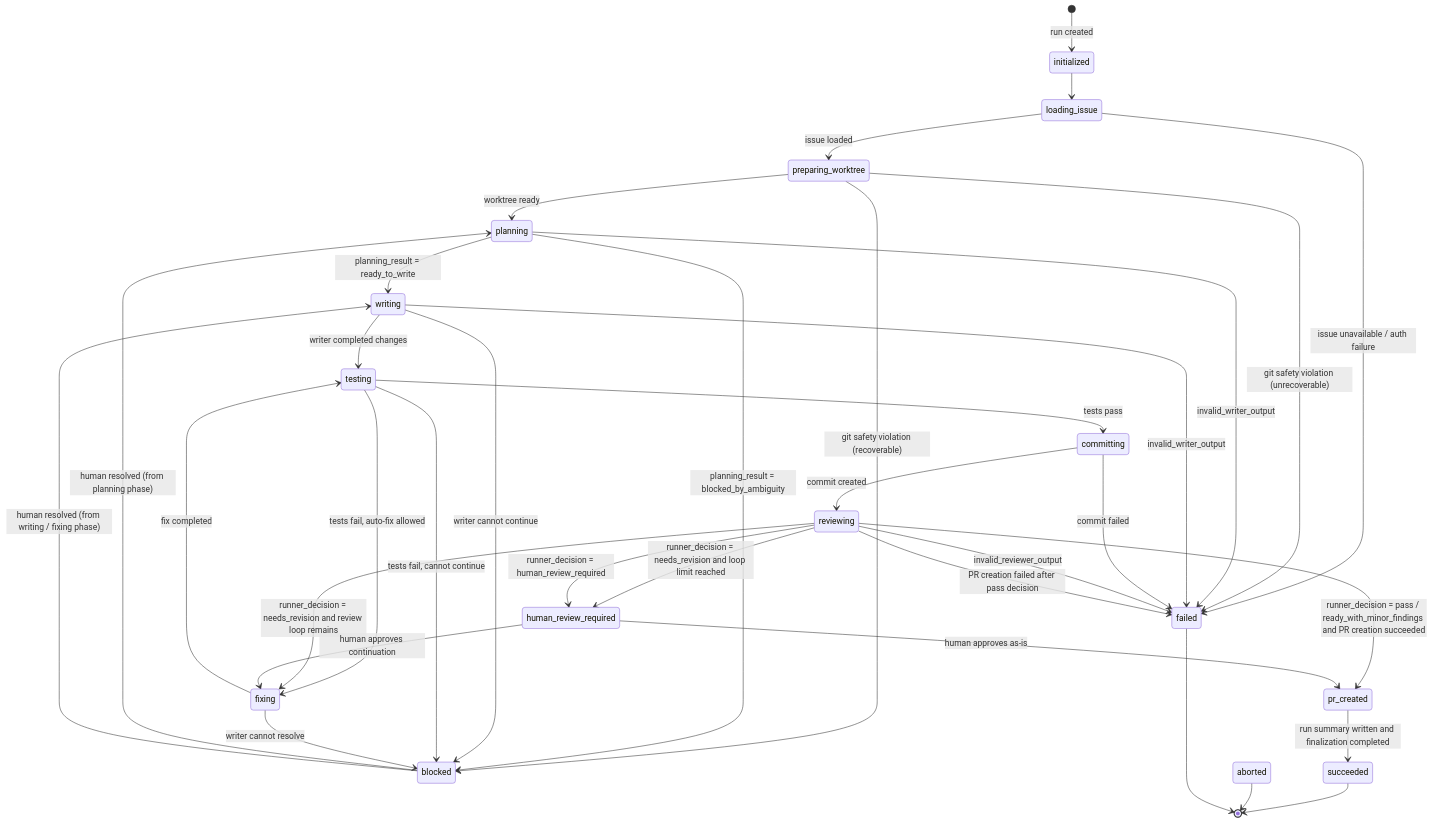
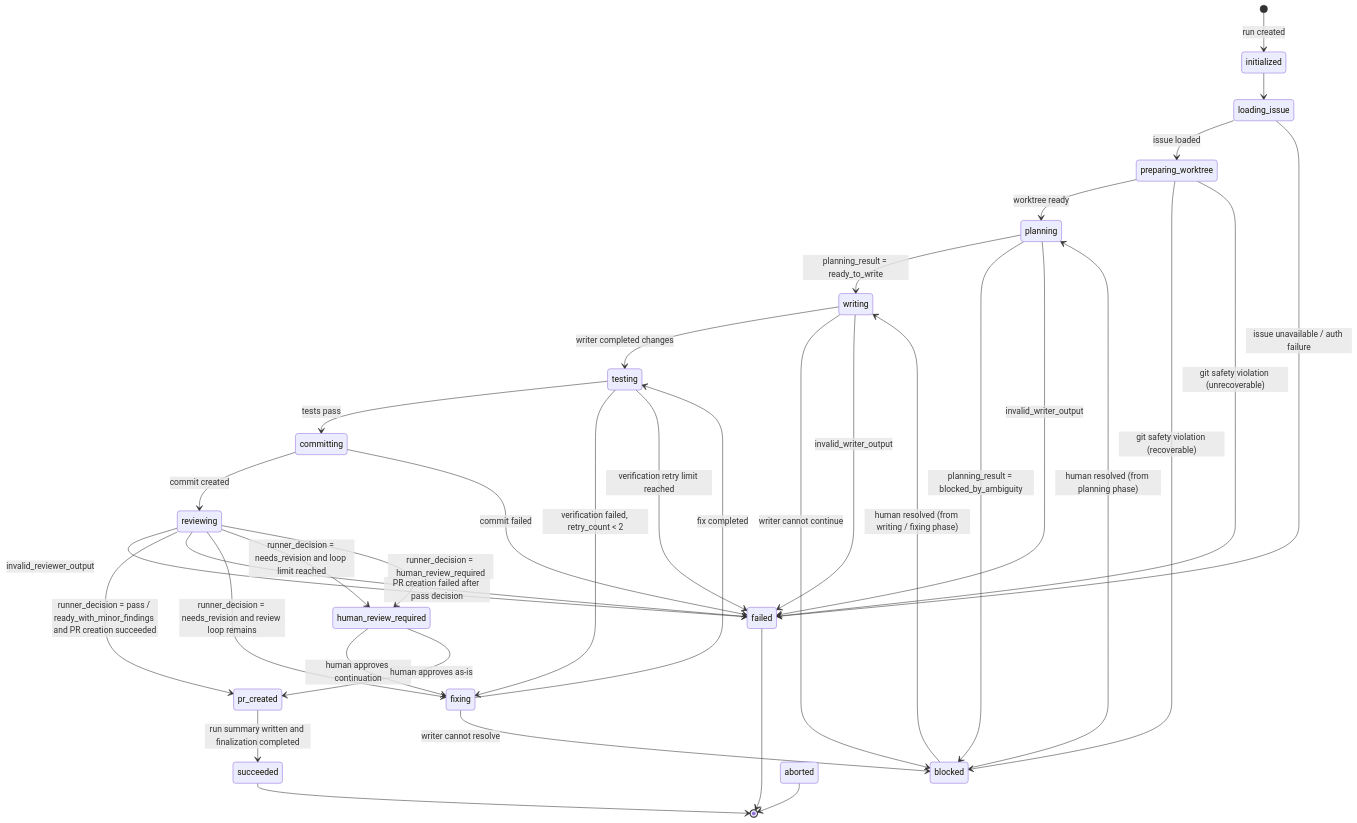
One commit to tooppoo/Fuda changed the diagram in docs/internal/state-machine.md. Above: the diagram before and after it, drawn with Mermaid. The commit also changed other lines of this file and 5 other files, not shown here.

````diff
--- a/docs/internal/state-machine.md
+++ b/docs/internal/state-machine.md
@@ -65,48 +65,48 @@
 ```mermaid
 stateDiagram-v2
     [*] --> initialized : run created
 
     initialized --> loading_issue
     loading_issue --> preparing_worktree : issue loaded
     loading_issue --> failed : issue unavailable / auth failure
 
     preparing_worktree --> planning : worktree ready
     preparing_worktree --> blocked : git safety violation (recoverable)
     preparing_worktree --> failed : git safety violation (unrecoverable)
 
     planning --> writing : planning_result = ready_to_write
     planning --> blocked : planning_result = blocked_by_ambiguity
     planning --> failed : invalid_writer_output
 
     writing --> testing : writer completed changes
     writing --> blocked : writer cannot continue
     writing --> failed : invalid_writer_output
 
     testing --> committing : tests pass
-    testing --> fixing : tests fail, auto-fix allowed
-    testing --> blocked : tests fail, cannot continue
+    testing --> fixing : verification failed, retry_count < 2
+    testing --> failed : verification retry limit reached
 
     committing --> reviewing : commit created
     committing --> failed : commit failed
 
     reviewing --> failed : invalid_reviewer_output
     reviewing --> pr_created : runner_decision = pass / ready_with_minor_findings and PR creation succeeded
     reviewing --> failed : PR creation failed after pass decision
     reviewing --> fixing : runner_decision = needs_revision and review loop remains
     reviewing --> human_review_required : runner_decision = needs_revision and loop limit reached
     reviewing --> human_review_required : runner_decision = human_review_required
 
     fixing --> testing : fix completed
     fixing --> blocked : writer cannot resolve
 
     pr_created --> succeeded : run summary written and finalization completed
 
     blocked --> planning : human resolved (from planning phase)
     blocked --> writing : human resolved (from writing / fixing phase)
     human_review_required --> fixing : human approves continuation
     human_review_required --> pr_created : human approves as-is
 
     succeeded --> [*]
     aborted --> [*]
     failed --> [*]
 ```
````
